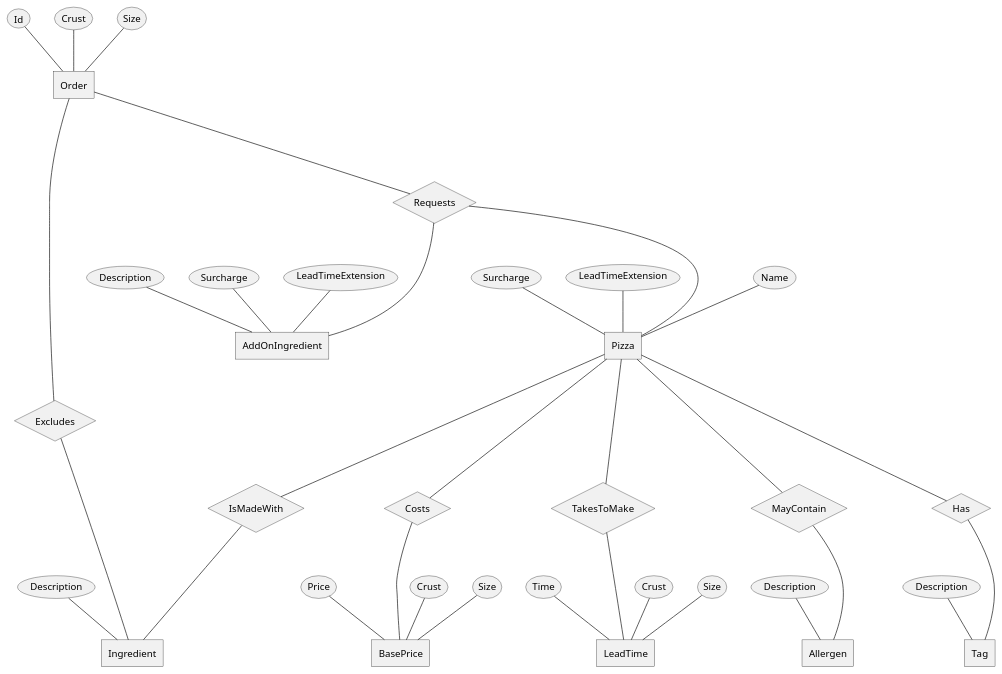
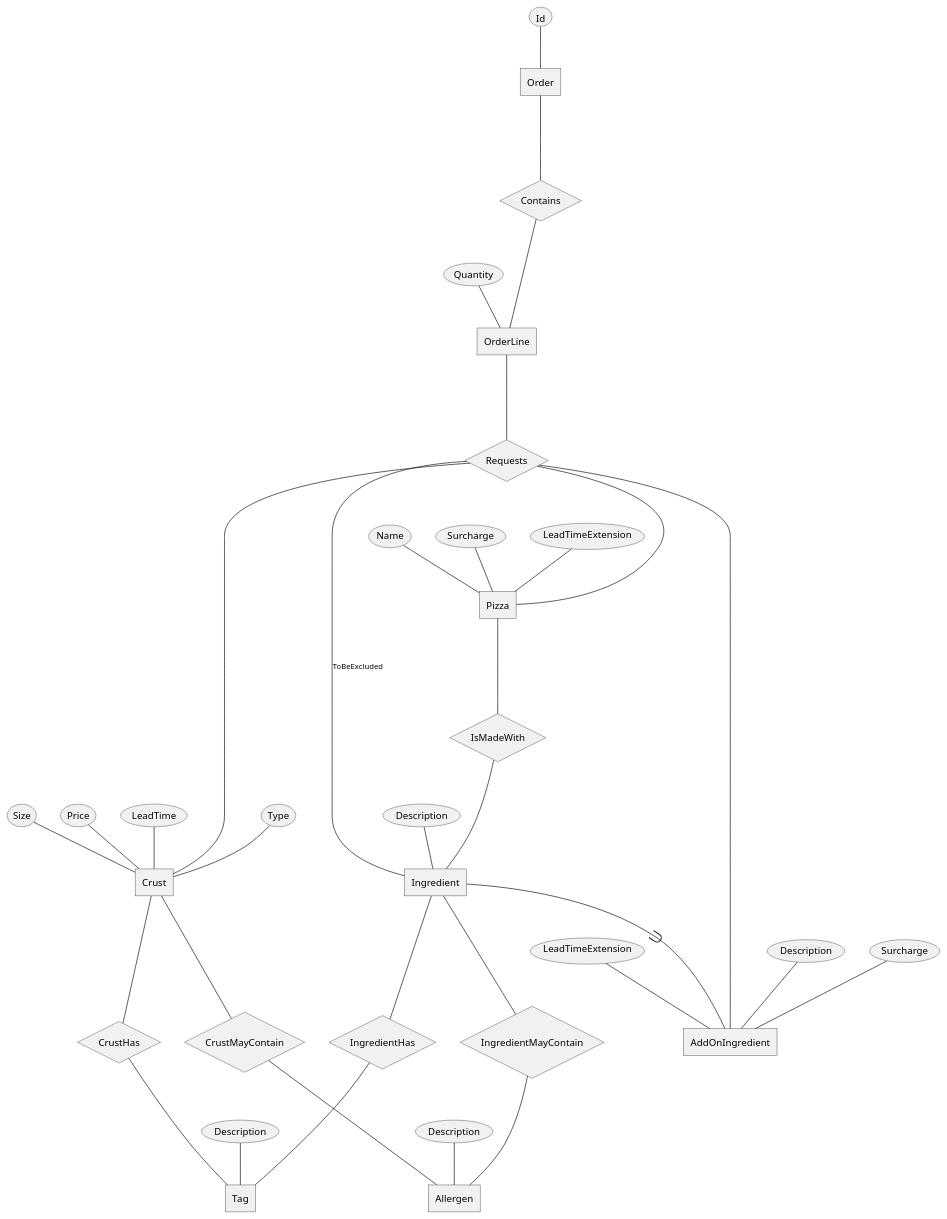
One commit to Peter-Oestergaard/Database-for-udviklere changed the diagram in Pizzageddon/01-concept.puml. Above: the diagram before and after it, drawn with PlantUML. The commit also changed 2 other files, not shown here.

```diff
--- a/Pizzageddon/01-concept.puml
+++ b/Pizzageddon/01-concept.puml
@@ -1,95 +1,98 @@
 @startchen Pizzageddon
+
+entity Order {
+    Id
+}
+
+entity OrderLine {
+    Quantity
+}
+
+relationship Contains {
+
+}
+
+Order -- Contains
+Contains -- OrderLine
+
+relationship Requests {
+
+}
+
+entity Crust {
+    Type
+    Size
+    Price
+    LeadTime
+}
 
 entity Pizza {
     Name
+    Surcharge
+    LeadTimeExtension
+}
+
+entity AddOnIngredient {
+    Description
     Surcharge
     LeadTimeExtension
 }
 
 entity Ingredient {
     Description
 }
 
-entity AddOnIngredient {
-    Description
-    Surcharge
-    LeadTimeExtension
-}
-
-entity Order {
-    Id
-    Crust
-    Size
-}
-
-entity BasePrice {
-    Crust
-    Size
-    Price
-}
-
-entity LeadTime {
-    Crust
-    Size
-    Time
-}
+OrderLine -- Requests
+Requests -- Crust
+Requests -- Pizza
+Requests -- AddOnIngredient
+Requests -ToBeExcluded- Ingredient
 
 entity Tag {
     Description
 }
 
 entity Allergen {
     Description
 }
 
+relationship CrustHas {
+
+}
+
+Crust -- CrustHas
+CrustHas -- Tag
+
+relationship IngredientHas {
+
+}
+
+Ingredient -- IngredientHas
+IngredientHas -- Tag
+
 relationship IsMadeWith {
 
 }
 
 Pizza -- IsMadeWith
 IsMadeWith -- Ingredient
 
-relationship Costs {
+
+relationship CrustMayContain {
 
 }
 
-Pizza -- Costs
-Costs -- BasePrice
+Crust -- CrustMayContain
+CrustMayContain -- Allergen
 
-relationship TakesToMake {
+relationship IngredientMayContain {
 
 }
 
-Pizza -- TakesToMake
-TakesToMake -- LeadTime
+Ingredient -- IngredientMayContain
+IngredientMayContain -- Allergen
 
-relationship Requests {
+Ingredient ->- AddOnIngredient
 
-}
-
-Order -- Requests
-Requests -- Pizza
-Requests -- AddOnIngredient
-
-relationship Excludes {
-
-}
-
-Order -- Excludes
-Excludes -- Ingredient
-
-relationship MayContain {
-
-}
-
-Pizza -- MayContain
-MayContain -- Allergen
-
-relationship Has {
-
-}
-
-Pizza -- Has
-Has -- Tag
 
 @endchen
```
